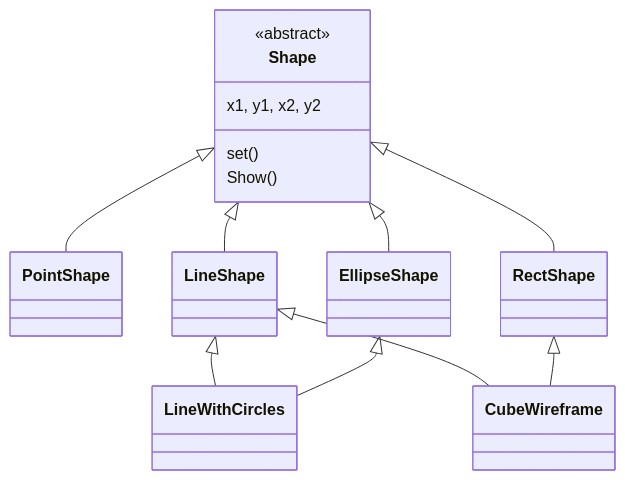
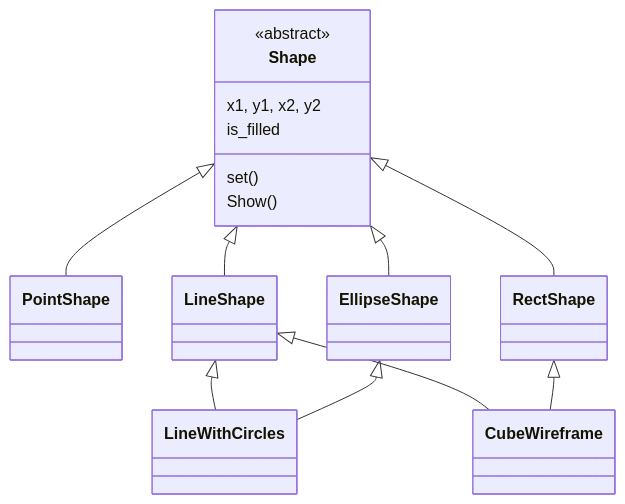
Before and after one commit to kirgafan/OPP_Labs: the diagram in labs/lab4/report/report.md, drawn with Mermaid. The commit also changed other lines of this file and 4 other files, not shown here.

````diff
--- a/labs/lab4/report/report.md
+++ b/labs/lab4/report/report.md
@@ -461,18 +462,19 @@
 ```mermaid
 classDiagram
     direction TB
     class Shape {
         <<abstract>>
         x1, y1, x2, y2
+        is_filled
         set()
         Show()
     }
     Shape <|-- PointShape
     Shape <|-- LineShape
     Shape <|-- RectShape
     Shape <|-- EllipseShape
     LineShape <|-- LineWithCircles
     EllipseShape <|-- LineWithCircles
     LineShape <|-- CubeWireframe
     RectShape <|-- CubeWireframe
 ```
````
